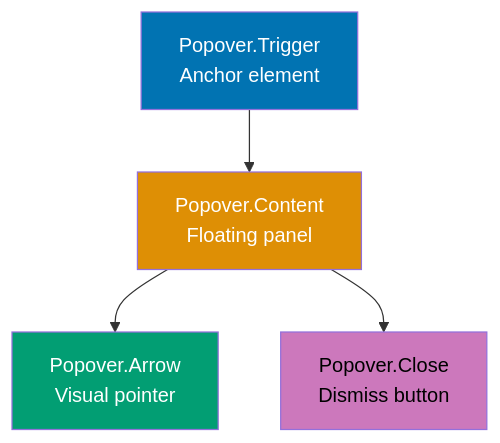
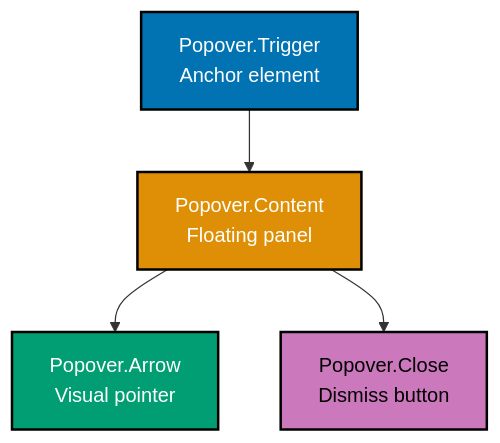
Before and after one commit to wahidyankf/open-sharia-enterprise: the third of 5 diagrams in apps/ayokoding-web/content/en/learn/software-engineering/platform-web/tools/fe-radix-ui/by-example/beginner.md, drawn with Mermaid. The commit also changed other lines of this file and 13 other files, not shown here.

````diff
--- a/apps/ayokoding-web/content/en/learn/software-engineering/platform-web/tools/fe-radix-ui/by-example/beginner.md
+++ b/apps/ayokoding-web/content/en/learn/software-engineering/platform-web/tools/fe-radix-ui/by-example/beginner.md
@@ -417,12 +417,12 @@
 ```mermaid
 %% Color Palette: Blue #0173B2, Orange #DE8F05, Teal #029E73, Purple #CC78BC, Brown #CA9161
 graph TD
     Trigger["Popover.Trigger<br/>Anchor element"] --> Content["Popover.Content<br/>Floating panel"]
     Content --> Arrow["Popover.Arrow<br/>Visual pointer"]
     Content --> Close["Popover.Close<br/>Dismiss button"]
 
-    style Trigger fill:#0173B2,color:#fff
-    style Content fill:#DE8F05,color:#fff
-    style Arrow fill:#029E73,color:#fff
-    style Close fill:#CC78BC,color:#000
+    style Trigger fill:#0173B2,stroke:#000000,stroke-width:2px,color:#fff
+    style Content fill:#DE8F05,stroke:#000000,stroke-width:2px,color:#fff
+    style Arrow fill:#029E73,stroke:#000000,stroke-width:2px,color:#fff
+    style Close fill:#CC78BC,stroke:#000000,stroke-width:2px,color:#000
 ```
````
